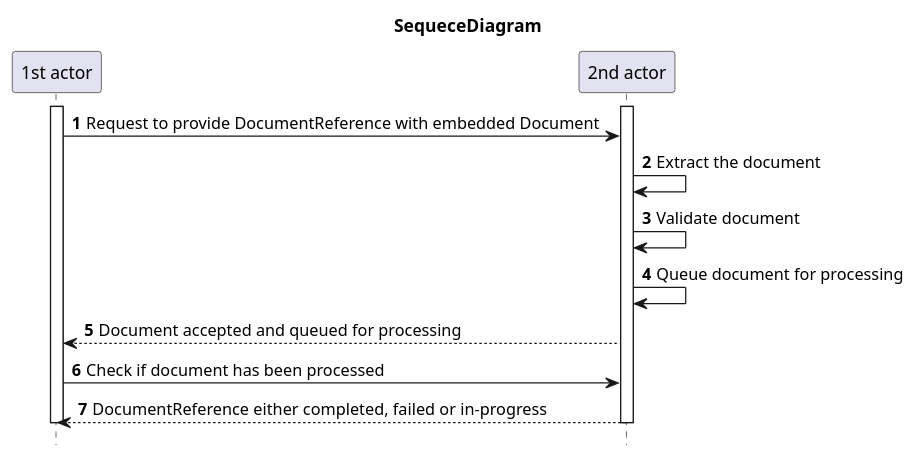
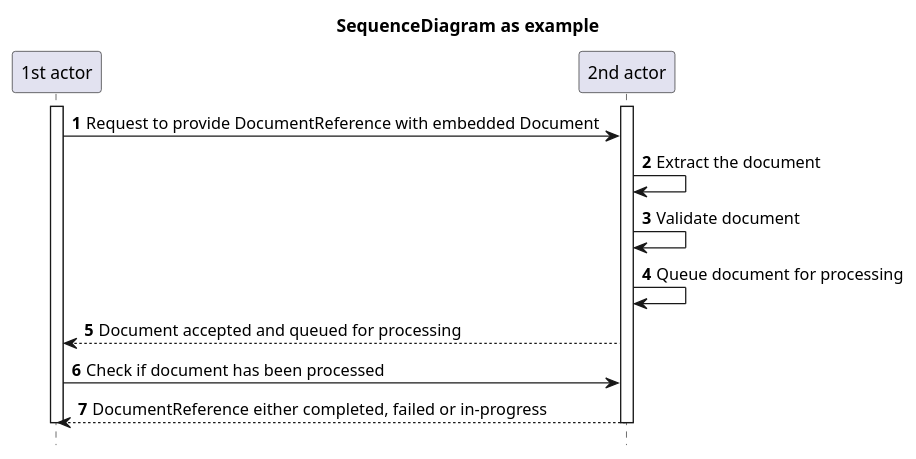
One commit to hl7ch/ch-lab-report changed the diagram in input/images-source/DocumentReference-seq.plantuml. Above: the diagram before and after it, drawn with PlantUML. The commit also changed 4 other files, not shown here.

Commit message:
embed diagrams in usecases files

```diff
--- a/input/images-source/DocumentReference-seq.plantuml
+++ b/input/images-source/DocumentReference-seq.plantuml
@@ -1,18 +1,18 @@
 @startuml observation
-title SequeceDiagram
+title SequenceDiagram as example
 hide footbox
 participant "1st actor" as DocumentSource
 participant "2nd actor" as DocumentRecipient
 autonumber
 activate DocumentSource
 activate DocumentRecipient
 DocumentSource -> DocumentRecipient : Request to provide DocumentReference with embedded Document 
 DocumentRecipient -> DocumentRecipient : Extract the document
 DocumentRecipient -> DocumentRecipient : Validate document 
 DocumentRecipient -> DocumentRecipient : Queue document for processing 
 DocumentRecipient --> DocumentSource : Document accepted and queued for processing 
 DocumentSource -> DocumentRecipient : Check if document has been processed 
 DocumentRecipient --> DocumentSource : DocumentReference either completed, failed or in-progress 
 deactivate DocumentSource
 deactivate DocumentRecipient
 @enduml
```
